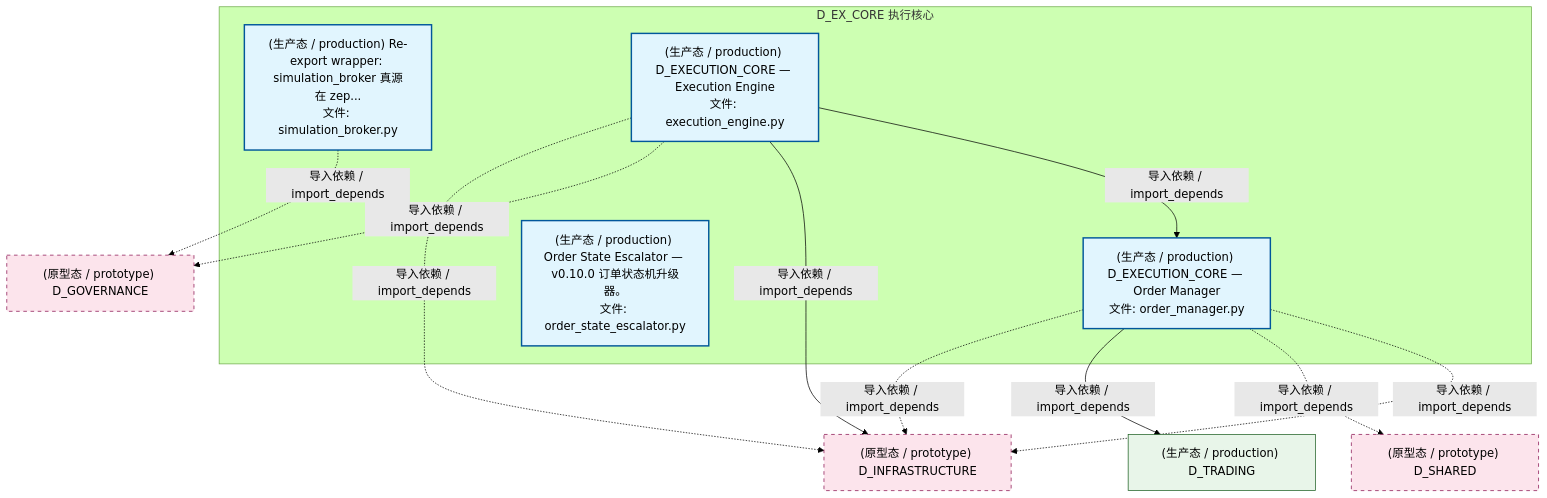
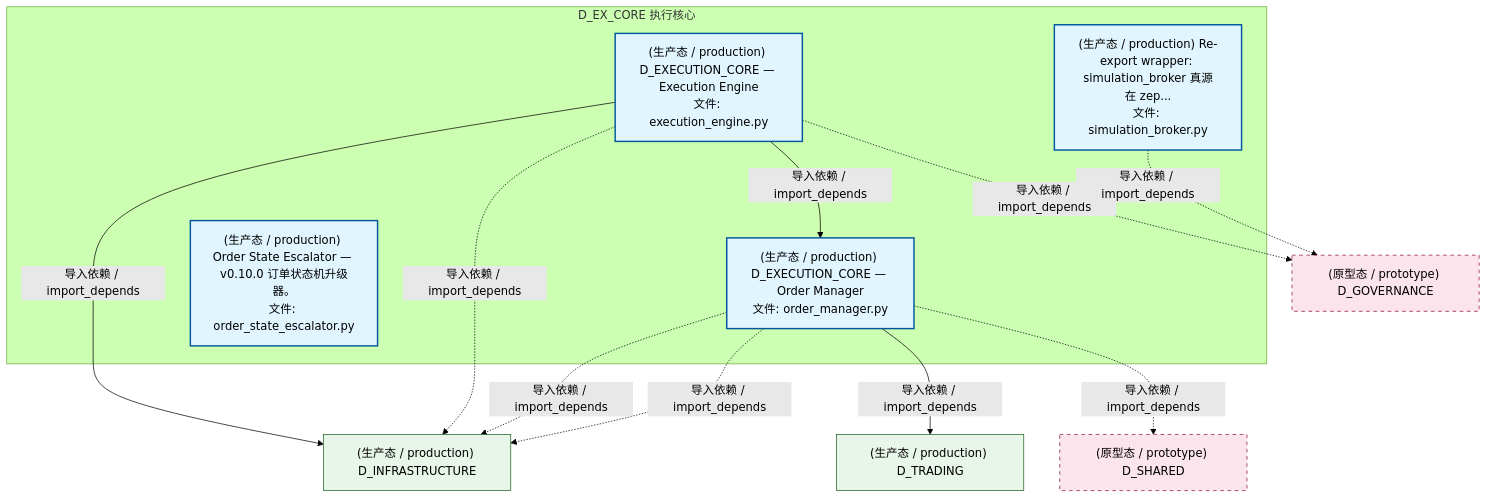
The second of 5 diagrams in docs/02_enterprise_architecture/02_domain_architecture_docs/34_d_ex_core.md (xuanFelixVan/ZephyrAlpha), drawn with Mermaid (forest theme) before and after one commit. The commit also changed other lines of this file and 126 other files, not shown here.

````diff
--- a/docs/02_enterprise_architecture/02_domain_architecture_docs/34_d_ex_core.md
+++ b/docs/02_enterprise_architecture/02_domain_architecture_docs/34_d_ex_core.md
@@ -126,29 +126,29 @@
 ```mermaid
 graph TD
     subgraph D_EX_CORE["D_EX_CORE 执行核心"]
         src_zephyr_ex_core_adapters_simulation_broker_py["(生产态 / production) Re-export wrapper: simulation_broker 真源在 zep...<br/>文件: simulation_broker.py"]
         src_zephyr_ex_core_execution_engine_py["(生产态 / production) D_EXECUTION_CORE — Execution Engine<br/>文件: execution_engine.py"]
         src_zephyr_ex_core_order_manager_py["(生产态 / production) D_EXECUTION_CORE — Order Manager<br/>文件: order_manager.py"]
         src_zephyr_governance_escalation_order_state_escalator_py["(生产态 / production) Order State Escalator — v0.10.0 订单状态机升级器。<br/>文件: order_state_escalator.py"]
     end
     src_zephyr_ex_core_execution_engine_py -->|导入依赖 / import_depends| src_zephyr_ex_core_order_manager_py
+    D_INFRASTRUCTURE["(生产态 / production) D_INFRASTRUCTURE"]
+    src_zephyr_ex_core_execution_engine_py -->|导入依赖 / import_depends| D_INFRASTRUCTURE
     D_GOVERNANCE["(原型态 / prototype) D_GOVERNANCE"]
-    src_zephyr_ex_core_adapters_simulation_broker_py -.->|导入依赖 / import_depends| D_GOVERNANCE
-    D_INFRASTRUCTURE["(原型态 / prototype) D_INFRASTRUCTURE"]
-    src_zephyr_ex_core_order_manager_py -.->|导入依赖 / import_depends| D_INFRASTRUCTURE
+    src_zephyr_ex_core_execution_engine_py -.->|导入依赖 / import_depends| D_GOVERNANCE
+    src_zephyr_ex_core_execution_engine_py -.->|导入依赖 / import_depends| D_INFRASTRUCTURE
     D_SHARED["(原型态 / prototype) D_SHARED"]
     src_zephyr_ex_core_order_manager_py -.->|导入依赖 / import_depends| D_SHARED
+    src_zephyr_ex_core_order_manager_py -.->|导入依赖 / import_depends| D_INFRASTRUCTURE
     D_TRADING["(生产态 / production) D_TRADING"]
     src_zephyr_ex_core_order_manager_py -->|导入依赖 / import_depends| D_TRADING
     src_zephyr_ex_core_order_manager_py -.->|导入依赖 / import_depends| D_INFRASTRUCTURE
-    src_zephyr_ex_core_execution_engine_py -->|导入依赖 / import_depends| D_INFRASTRUCTURE
-    src_zephyr_ex_core_execution_engine_py -.->|导入依赖 / import_depends| D_GOVERNANCE
-    src_zephyr_ex_core_execution_engine_py -.->|导入依赖 / import_depends| D_INFRASTRUCTURE
+    src_zephyr_ex_core_adapters_simulation_broker_py -.->|导入依赖 / import_depends| D_GOVERNANCE
     classDef production fill:#e1f5fe,stroke:#01579b,stroke-width:2px,color:#000
     classDef design fill:#fff3e0,stroke:#e65100,stroke-width:2px,color:#000,stroke-dasharray: 5 5
     classDef external_prod fill:#e8f5e9,stroke:#1b5e20,stroke-width:1px,color:#000
     classDef external_design fill:#fce4ec,stroke:#880e4f,stroke-width:1px,color:#000,stroke-dasharray: 5 5
     class src_zephyr_ex_core_adapters_simulation_broker_py,src_zephyr_ex_core_execution_engine_py,src_zephyr_ex_core_order_manager_py,src_zephyr_governance_escalation_order_state_escalator_py production
-    class D_TRADING external_prod
-    class D_GOVERNANCE,D_INFRASTRUCTURE,D_SHARED external_design
+    class D_INFRASTRUCTURE,D_TRADING external_prod
+    class D_GOVERNANCE,D_SHARED external_design
 ```
````
